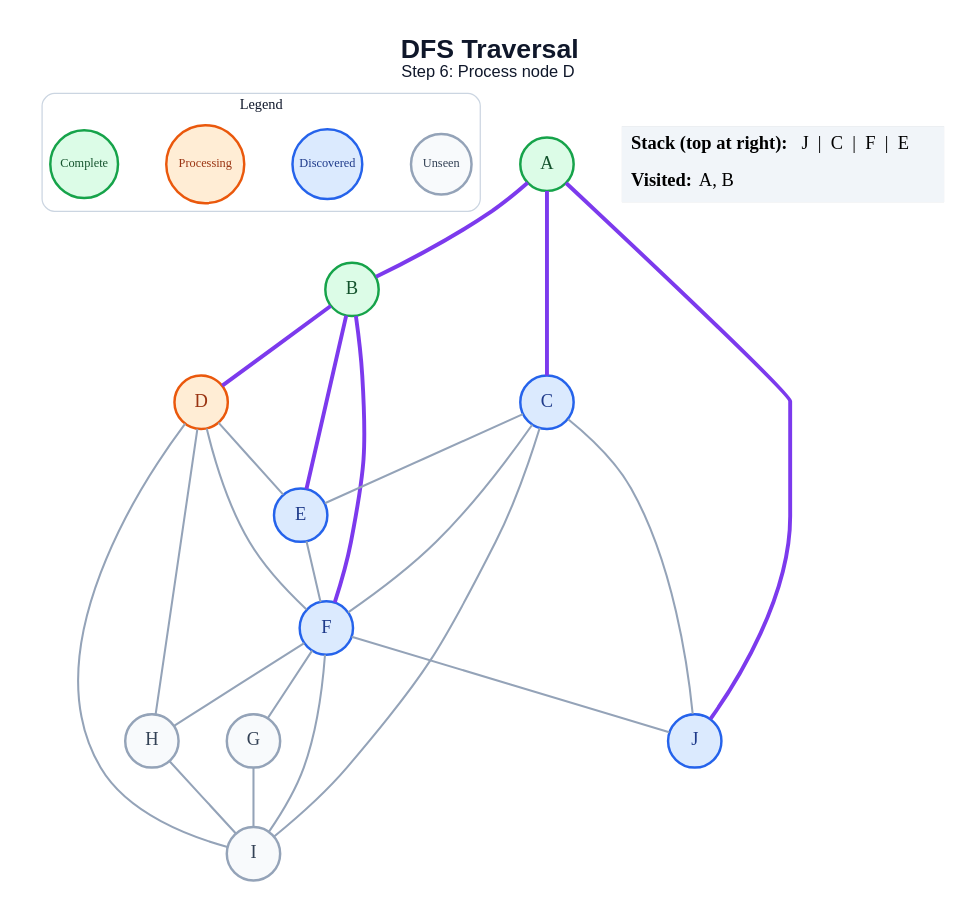
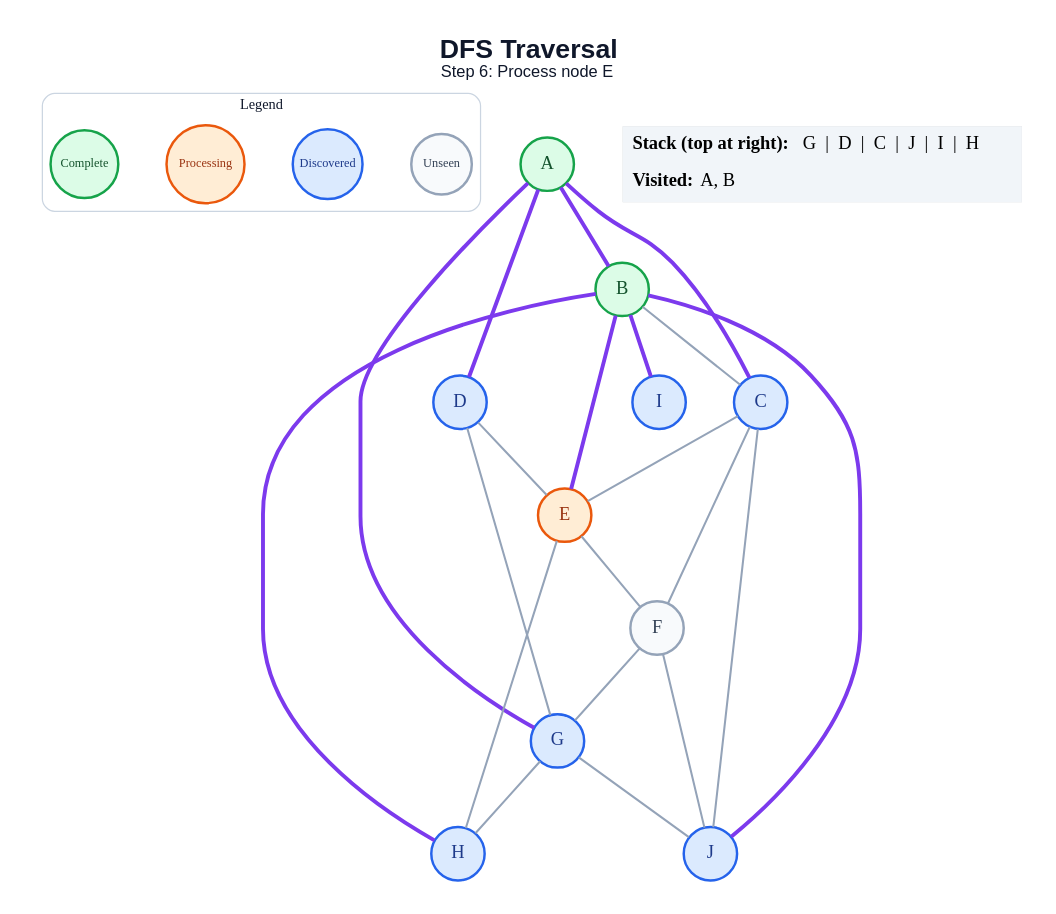
One commit to amanghodawala9/ai-slop changed the diagram in generated/dfs/step_06.dot. Above: the diagram before and after it, drawn with Graphviz. The commit also changed 178 other files, not shown here.

```diff
--- a/generated/dfs/step_06.dot
+++ b/generated/dfs/step_06.dot
@@ -1,50 +1,49 @@
 graph traversal {
   graph [layout=dot, rankdir=TB, bgcolor="#FFFFFF", pad="0.35", nodesep="0.65", ranksep="0.8", fontname="Arial"];
   node [shape=circle, style="filled", fontname="Arial Bold", fontsize=18, width=0.72, fixedsize=true, penwidth=2.4];
   edge [color="#94A3B8", penwidth=2.0];
-  label=<<B>DFS Traversal</B><BR/><FONT POINT-SIZE="16">Step 6: Process node D</FONT>>; labelloc="t"; fontsize=26; fontname="Arial"; fontcolor="#0F172A";
+  label=<<B>DFS Traversal</B><BR/><FONT POINT-SIZE="16">Step 6: Process node E</FONT>>; labelloc="t"; fontsize=26; fontname="Arial"; fontcolor="#0F172A";
   subgraph cluster_legend { label="Legend"; color="#CBD5E1"; penwidth=1.2; style="rounded"; fontsize=14; fontname="Arial Bold";
     key_unseen [label="Unseen", fillcolor="#F8FAFC", color="#94A3B8", fontcolor="#334155", fontsize=12, width=0.82];
     key_frontier [label="Discovered", fillcolor="#DBEAFE", color="#2563EB", fontcolor="#1E3A8A", fontsize=12, width=0.95];
     key_current [label="Processing", fillcolor="#FFEDD5", color="#EA580C", fontcolor="#9A3412", fontsize=12, width=1.05];
     key_done [label="Complete", fillcolor="#DCFCE7", color="#16A34A", fontcolor="#14532D", fontsize=12, width=0.92];
     { rank=same; key_unseen; key_frontier; key_current; key_done; }
   }
   A [fillcolor="#DCFCE7", color="#16A34A", fontcolor="#14532D"];
   B [fillcolor="#DCFCE7", color="#16A34A", fontcolor="#14532D"];
   C [fillcolor="#DBEAFE", color="#2563EB", fontcolor="#1E3A8A"];
-  D [fillcolor="#FFEDD5", color="#EA580C", fontcolor="#9A3412"];
-  E [fillcolor="#DBEAFE", color="#2563EB", fontcolor="#1E3A8A"];
-  F [fillcolor="#DBEAFE", color="#2563EB", fontcolor="#1E3A8A"];
-  G [fillcolor="#F8FAFC", color="#94A3B8", fontcolor="#334155"];
-  H [fillcolor="#F8FAFC", color="#94A3B8", fontcolor="#334155"];
-  I [fillcolor="#F8FAFC", color="#94A3B8", fontcolor="#334155"];
+  D [fillcolor="#DBEAFE", color="#2563EB", fontcolor="#1E3A8A"];
+  E [fillcolor="#FFEDD5", color="#EA580C", fontcolor="#9A3412"];
+  F [fillcolor="#F8FAFC", color="#94A3B8", fontcolor="#334155"];
+  G [fillcolor="#DBEAFE", color="#2563EB", fontcolor="#1E3A8A"];
+  H [fillcolor="#DBEAFE", color="#2563EB", fontcolor="#1E3A8A"];
+  I [fillcolor="#DBEAFE", color="#2563EB", fontcolor="#1E3A8A"];
   J [fillcolor="#DBEAFE", color="#2563EB", fontcolor="#1E3A8A"];
   A -- B [color="#7C3AED", penwidth=3.8];
   A -- C [color="#7C3AED", penwidth=3.8];
-  A -- J [color="#7C3AED", penwidth=3.8];
-  B -- D [color="#7C3AED", penwidth=3.8];
+  A -- D [color="#7C3AED", penwidth=3.8];
+  A -- G [color="#7C3AED", penwidth=3.8];
+  B -- C;
   B -- E [color="#7C3AED", penwidth=3.8];
-  B -- F [color="#7C3AED", penwidth=3.8];
+  B -- H [color="#7C3AED", penwidth=3.8];
+  B -- I [color="#7C3AED", penwidth=3.8];
+  B -- J [color="#7C3AED", penwidth=3.8];
   C -- E;
   C -- F;
-  C -- I;
   C -- J;
   D -- E;
-  D -- F;
-  D -- H;
-  D -- I;
+  D -- G;
   E -- F;
+  E -- H;
   F -- G;
-  F -- H;
-  F -- I;
   F -- J;
-  G -- I;
-  H -- I;
+  G -- H;
+  G -- J;
   status [shape=plain, fixedsize=false, width=0, height=0, margin=0, label=<
     <TABLE BORDER="0" CELLBORDER="0" CELLPADDING="7" BGCOLOR="#F1F5F9">
-      <TR><TD ALIGN="LEFT"><B>Stack (top at right):</B> J  |  C  |  F  |  E</TD></TR>
+      <TR><TD ALIGN="LEFT"><B>Stack (top at right):</B> G  |  D  |  C  |  J  |  I  |  H</TD></TR>
       <TR><TD ALIGN="LEFT"><B>Visited:</B> A, B</TD></TR>
     </TABLE>
   >];
 }
```
